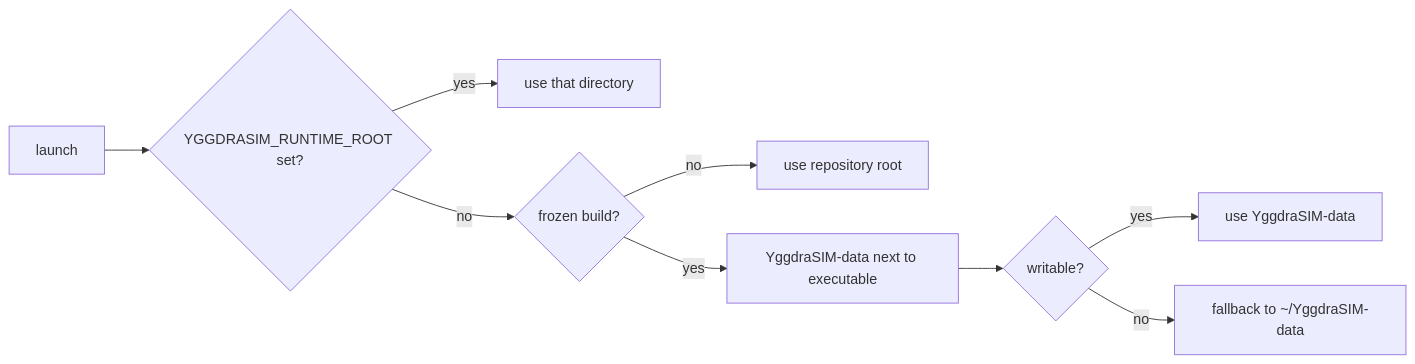
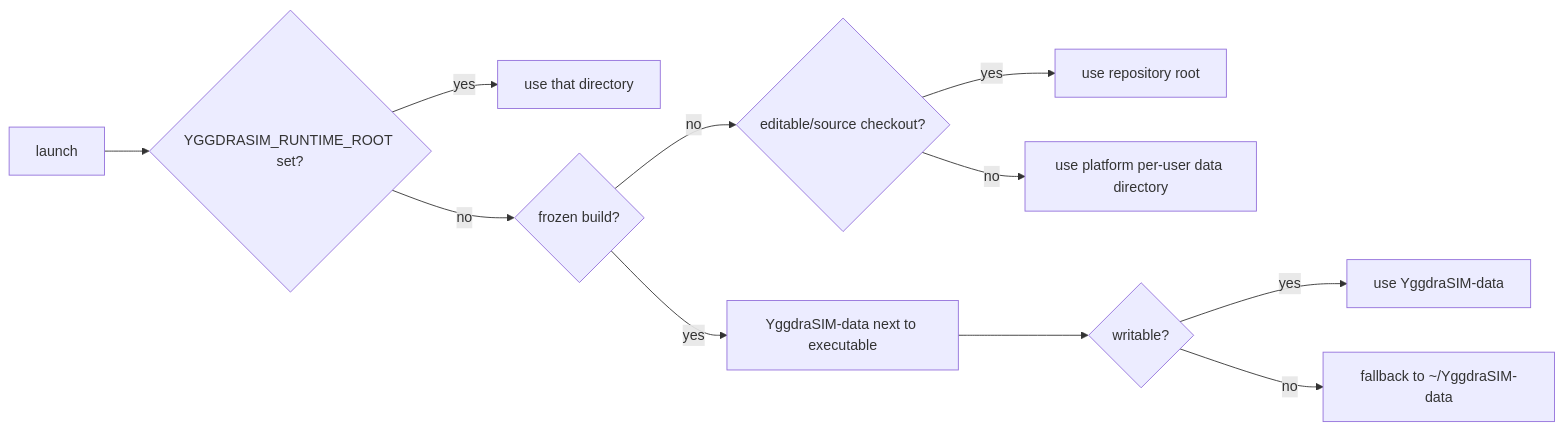
One commit to 1oT/YggdraSIM changed the diagram in site-docs/reference/runtime-root.md. Above: the diagram before and after it, drawn with Mermaid. The commit also changed other lines of this file and 965 other files, not shown here.

````diff
--- a/site-docs/reference/runtime-root.md
+++ b/site-docs/reference/runtime-root.md
@@ -23,11 +23,13 @@
 ```mermaid
 flowchart LR
     Start["launch"] --> Env{"YGGDRASIM_RUNTIME_ROOT set?"}
     Env -- yes --> UseEnv["use that directory"]
     Env -- no --> Frozen{"frozen build?"}
-    Frozen -- no --> Repo["use repository root"]
+    Frozen -- no --> Editable{"editable/source checkout?"}
+    Editable -- yes --> Repo["use repository root"]
+    Editable -- no --> UserData["use platform per-user data directory"]
     Frozen -- yes --> Next["YggdraSIM-data next to executable"]
     Next --> Writable{"writable?"}
     Writable -- yes --> UseNext["use YggdraSIM-data"]
     Writable -- no --> Home["fallback to ~/YggdraSIM-data"]
 ```
````
